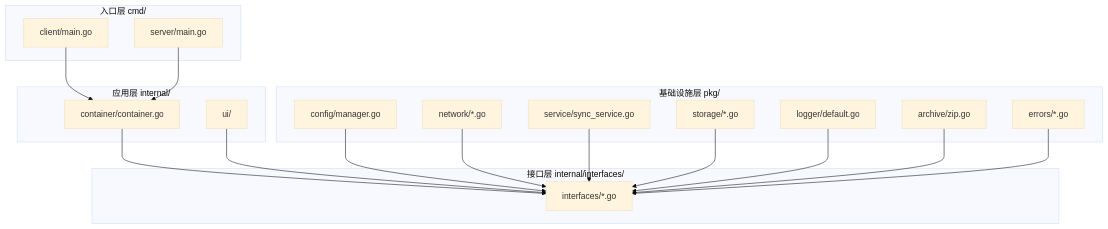
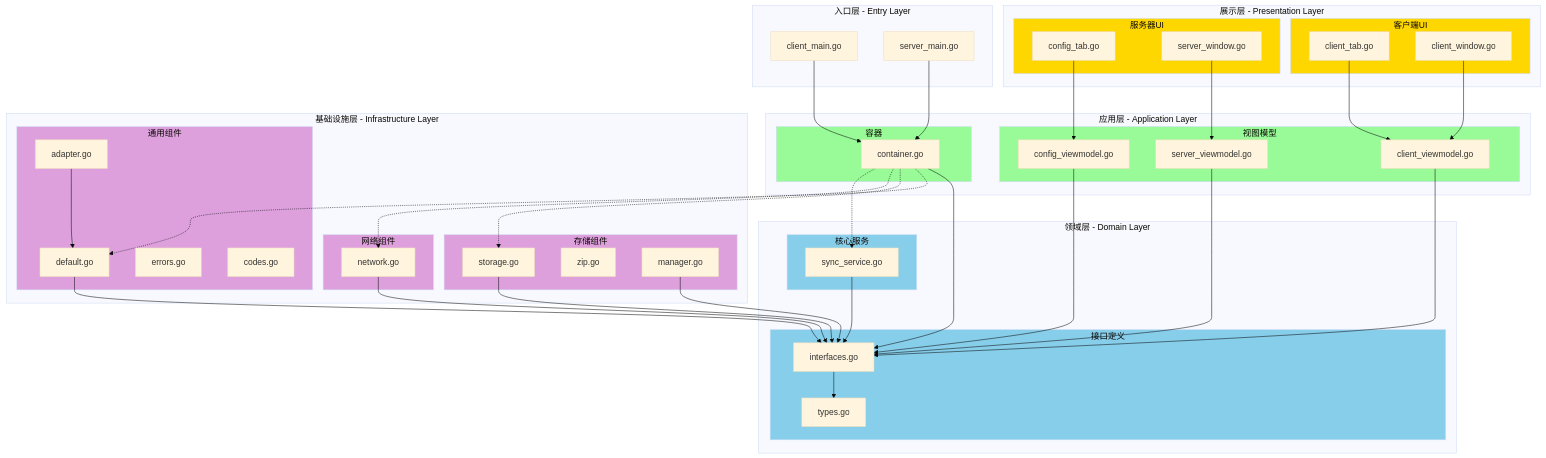
Before and after one commit to KlN-4096/synctools: the diagram in CODEBASE.md, drawn with Mermaid (base theme). The commit also changed other lines of this file and 8 other files, not shown here.

````diff
--- a/CODEBASE.md
+++ b/CODEBASE.md
@@ -137,39 +183,104 @@
 ```mermaid
 graph TB
-    subgraph 入口层[入口层 cmd/]
-        Client[client/main.go]
-        Server[server/main.go]
+    subgraph 展示层[展示层 - Presentation Layer]
+        subgraph ClientUI[客户端UI]
+            ClientTab[client_tab.go]
+            ClientWindow[client_window.go]
+        end
+        
+        subgraph ServerUI[服务器UI]
+            ConfigTab[config_tab.go]
+            ServerWindow[server_window.go]
+        end
     end
 
-    subgraph 应用层[应用层 internal/]
-        Container[container/container.go]
-        UI[ui/]
+    subgraph 应用层[应用层 - Application Layer]
+        subgraph ViewModels[视图模型]
+            ClientViewModel[client_viewmodel.go]
+            ServerViewModel[server_viewmodel.go]
+            ConfigViewModel[config_viewmodel.go]
+        end
+        
+        subgraph Container[容器]
+            DIContainer[container.go]
+        end
     end
 
-    subgraph 接口层[接口层 internal/interfaces/]
-        Interfaces[interfaces/*.go]
+    subgraph 领域层[领域层 - Domain Layer]
+        subgraph Interfaces[接口定义]
+            CoreInterfaces[interfaces.go]
+            Types[types.go]
+        end
+        
+        subgraph Services[核心服务]
+            SyncService[sync_service.go]
+        end
     end
 
-    subgraph 基础设施层[基础设施层 pkg/]
-        Config[config/manager.go]
-        Network[network/*.go]
-        Service[service/sync_service.go]
-        Storage[storage/*.go]
-        Logger[logger/default.go]
-        Archive[archive/zip.go]
-        Errors[errors/*.go]
+    subgraph 基础设施层[基础设施层 - Infrastructure Layer]
+        subgraph Common[通用组件]
+            Logger[default.go]
+            LogAdapter[adapter.go]
+            ErrorHandler[errors.go]
+            ErrorCodes[codes.go]
+        end
+        
+        subgraph Storage[存储组件]
+            FileStorage[storage.go]
+            Archive[zip.go]
+            ConfigManager[manager.go]
+        end
+        
+        subgraph Network[网络组件]
+            NetworkServer[network.go]
+        end
     end
 
-    %% 依赖关系
-    Client --> Container
-    Server --> Container
-    Container --> Interfaces
-    UI --> Interfaces
-    Config --> Interfaces
-    Network --> Interfaces
-    Service --> Interfaces
-    Storage --> Interfaces
-    Logger --> Interfaces
-    Archive --> Interfaces
-    Errors --> Interfaces
+    subgraph 入口层[入口层 - Entry Layer]
+        ClientMain[client_main.go]
+        ServerMain[server_main.go]
+    end
+
+    %% 展示层依赖
+    ClientTab --> ClientViewModel
+    ClientWindow --> ClientViewModel
+    ConfigTab --> ConfigViewModel
+    ServerWindow --> ServerViewModel
+
+    %% 应用层依赖
+    ClientViewModel --> CoreInterfaces
+    ServerViewModel --> CoreInterfaces
+    ConfigViewModel --> CoreInterfaces
+    DIContainer --> CoreInterfaces
+
+    %% 领域层依赖
+    SyncService --> CoreInterfaces
+    CoreInterfaces --> Types
+
+    %% 基础设施层依赖
+    Logger --> CoreInterfaces
+    LogAdapter --> Logger
+    FileStorage --> CoreInterfaces
+    NetworkServer --> CoreInterfaces
+    ConfigManager --> CoreInterfaces
+
+    %% 入口层依赖
+    ClientMain --> DIContainer
+    ServerMain --> DIContainer
+    
+    %% 横向通信
+    DIContainer -.-> Logger
+    DIContainer -.-> FileStorage
+    DIContainer -.-> NetworkServer
+    DIContainer -.-> SyncService
+
+    style ClientUI fill:#FFD700
+    style ServerUI fill:#FFD700
+    style ViewModels fill:#98FB98
+    style Container fill:#98FB98
+    style Interfaces fill:#87CEEB
+    style Services fill:#87CEEB
+    style Common fill:#DDA0DD
+    style Storage fill:#DDA0DD
+    style Network fill:#DDA0DD
 ```
````
